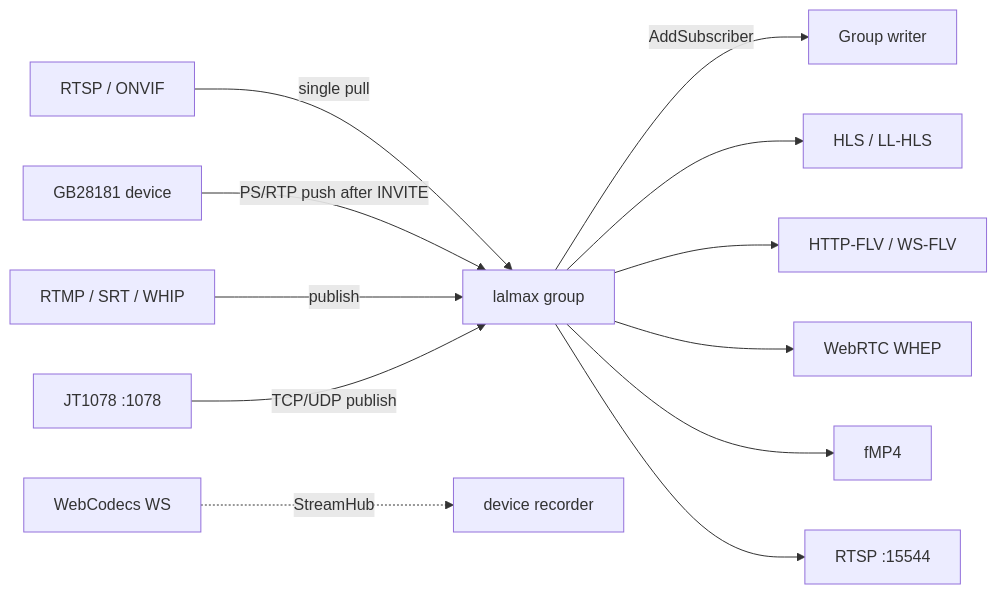
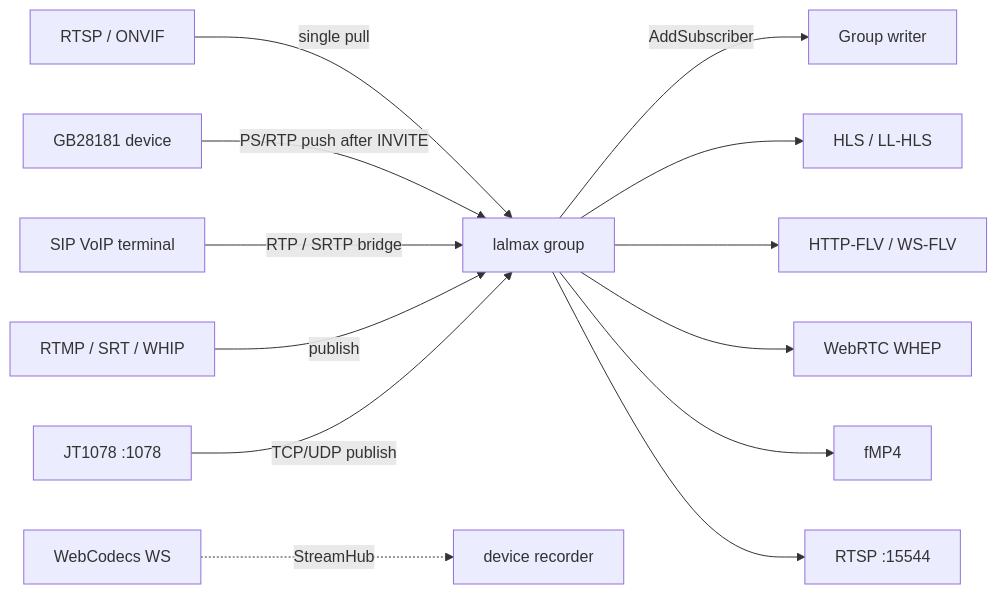
The third of 7 diagrams in docs/en/architecture.md (lalmax-pro/lalmax-nvr), drawn with Mermaid before and after one commit. The commit also changed other lines of this file and 1 other file, not shown here.

Commit message:
docs: show VoIP paths in architecture diagrams

````diff
--- a/docs/en/architecture.md
+++ b/docs/en/architecture.md
@@ -111,14 +132,15 @@
 ```mermaid
 flowchart LR
   RTSP[RTSP / ONVIF] -->|single pull| G["lalmax group"]
   GB[GB28181 device] -->|PS/RTP push after INVITE| G
+  VoIP[SIP VoIP terminal] -->|RTP / SRTP bridge| G
   Push[RTMP / SRT / WHIP] -->|publish| G
   JT[JT1078 :1078] -->|TCP/UDP publish| G
   G -->|AddSubscriber| Rec[Group writer]
   G --> HLS[HLS / LL-HLS]
   G --> FLV[HTTP-FLV / WS-FLV]
   G --> RTC[WebRTC WHEP]
   G --> FMP4[fMP4]
   G --> RTSPOut["RTSP :15544"]
   WS[WebCodecs WS] -.->|StreamHub| Dev[device recorder]
 ```
````
